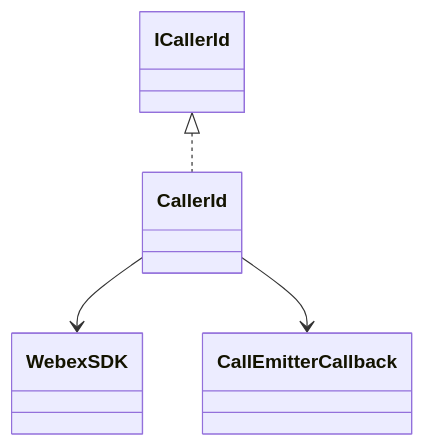
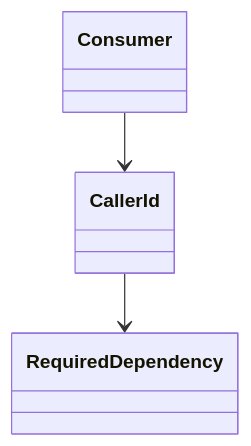
One commit to webex/webex-js-sdk changed the third of 3 diagrams in packages/calling/src/CallingClient/calling/CallerId/ai-docs/caller-id-spec.md. Above: the diagram before and after it, drawn with Mermaid. The commit also changed other lines of this file and 59 other files, not shown here.

````diff
--- a/packages/calling/src/CallingClient/calling/CallerId/ai-docs/caller-id-spec.md
+++ b/packages/calling/src/CallingClient/calling/CallerId/ai-docs/caller-id-spec.md
@@ -96,6 +267,8 @@
 ```mermaid
 classDiagram
- ICallerId <|.. CallerId
- CallerId --> WebexSDK
- CallerId --> CallEmitterCallback
+  class Consumer
+  class CallerId
+  class RequiredDependency
+  Consumer --> CallerId
+  CallerId --> RequiredDependency
 ```
````
